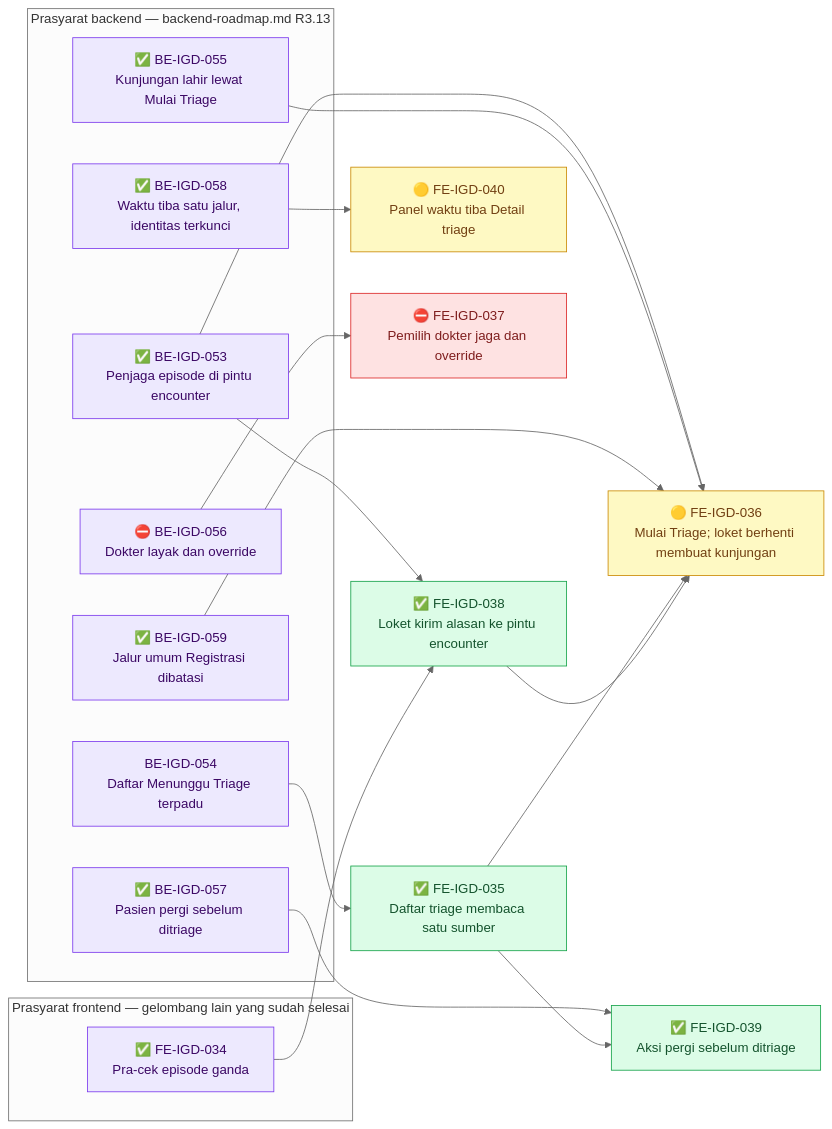
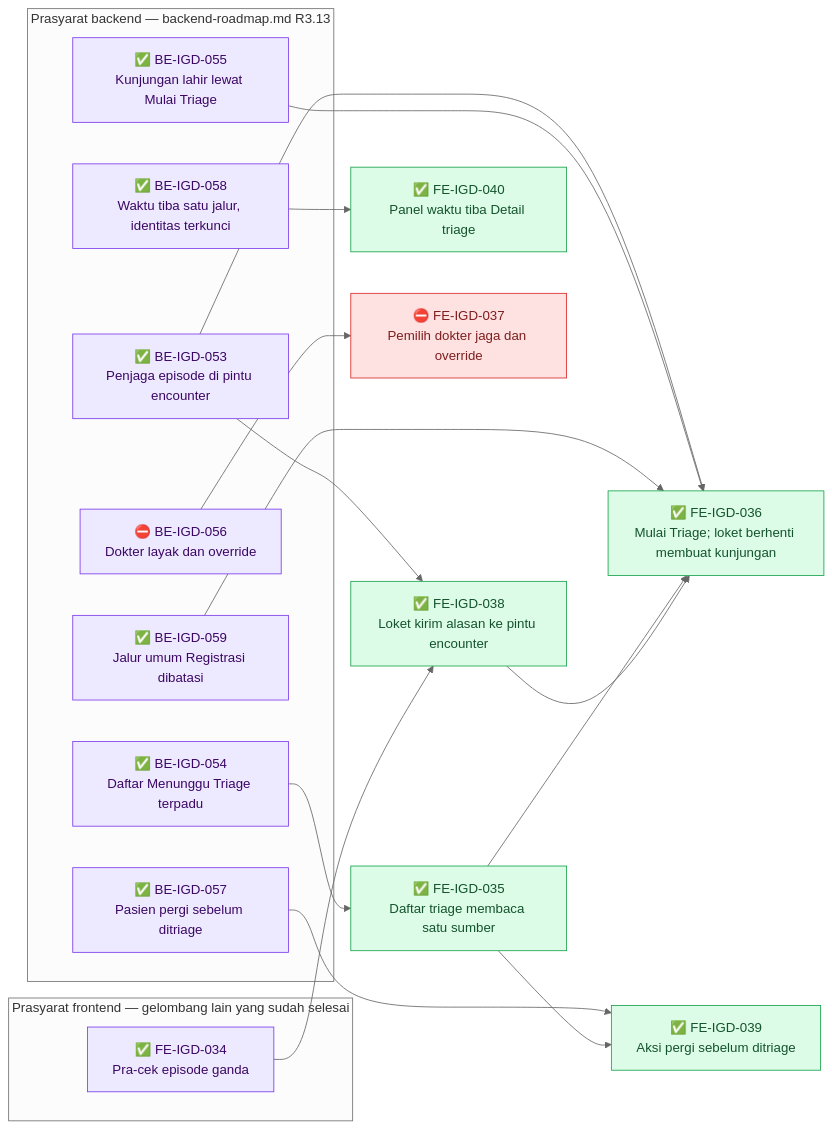
One commit to DevBenari/NewQuilvianSystemBackend changed diagram 11 of 12 in docs/module-blueprints/igd/roadmap/frontend-roadmap.md. Above: the diagram before and after it, drawn with Mermaid (neutral theme). The commit also changed other lines of this file and 16 other files, not shown here.

````diff
--- a/docs/module-blueprints/igd/roadmap/frontend-roadmap.md
+++ b/docs/module-blueprints/igd/roadmap/frontend-roadmap.md
@@ -1264,42 +1264,42 @@
 ```mermaid
 flowchart LR
     classDef selesai fill:#DCFCE7,stroke:#16A34A,color:#14532D
     classDef sebagian fill:#FEF9C3,stroke:#CA8A04,color:#713F12
     classDef terblokir fill:#FEE2E2,stroke:#DC2626,color:#7F1D1D
     classDef belum fill:#F1F5F9,stroke:#64748B,color:#0F172A
     classDef luar fill:#EDE9FE,stroke:#7C3AED,color:#3B0764
 
     subgraph backend["Prasyarat backend — backend-roadmap.md R3.13"]
         BEIGD053["✅ BE-IGD-053<br/>Penjaga episode di pintu encounter"]:::luar
-        BEIGD054["BE-IGD-054<br/>Daftar Menunggu Triage terpadu"]:::luar
+        BEIGD054["✅ BE-IGD-054<br/>Daftar Menunggu Triage terpadu"]:::luar
         BEIGD055["✅ BE-IGD-055<br/>Kunjungan lahir lewat Mulai Triage"]:::luar
         BEIGD056["⛔ BE-IGD-056<br/>Dokter layak dan override"]:::luar
         BEIGD057["✅ BE-IGD-057<br/>Pasien pergi sebelum ditriage"]:::luar
         BEIGD058["✅ BE-IGD-058<br/>Waktu tiba satu jalur, identitas terkunci"]:::luar
         BEIGD059["✅ BE-IGD-059<br/>Jalur umum Registrasi dibatasi"]:::luar
     end
 
     subgraph frontendlain["Prasyarat frontend — gelombang lain yang sudah selesai"]
         FEIGD034["✅ FE-IGD-034<br/>Pra-cek episode ganda"]:::luar
     end
 
     FEIGD035["✅ FE-IGD-035<br/>Daftar triage membaca satu sumber"]:::selesai
     FEIGD038["✅ FE-IGD-038<br/>Loket kirim alasan ke pintu encounter"]:::selesai
-    FEIGD040["🟡 FE-IGD-040<br/>Panel waktu tiba Detail triage"]:::sebagian
+    FEIGD040["✅ FE-IGD-040<br/>Panel waktu tiba Detail triage"]:::selesai
     FEIGD039["✅ FE-IGD-039<br/>Aksi pergi sebelum ditriage"]:::selesai
-    FEIGD036["🟡 FE-IGD-036<br/>Mulai Triage; loket berhenti membuat kunjungan"]:::sebagian
+    FEIGD036["✅ FE-IGD-036<br/>Mulai Triage; loket berhenti membuat kunjungan"]:::selesai
     FEIGD037["⛔ FE-IGD-037<br/>Pemilih dokter jaga dan override"]:::terblokir
 
     BEIGD054 --> FEIGD035
     BEIGD053 --> FEIGD038
     FEIGD034 --> FEIGD038
     BEIGD058 --> FEIGD040
     BEIGD057 --> FEIGD039
     FEIGD035 --> FEIGD039
     BEIGD053 --> FEIGD036
     BEIGD055 --> FEIGD036
     BEIGD059 --> FEIGD036
     FEIGD035 --> FEIGD036
     FEIGD038 --> FEIGD036
     BEIGD056 --> FEIGD037
 ```
````
